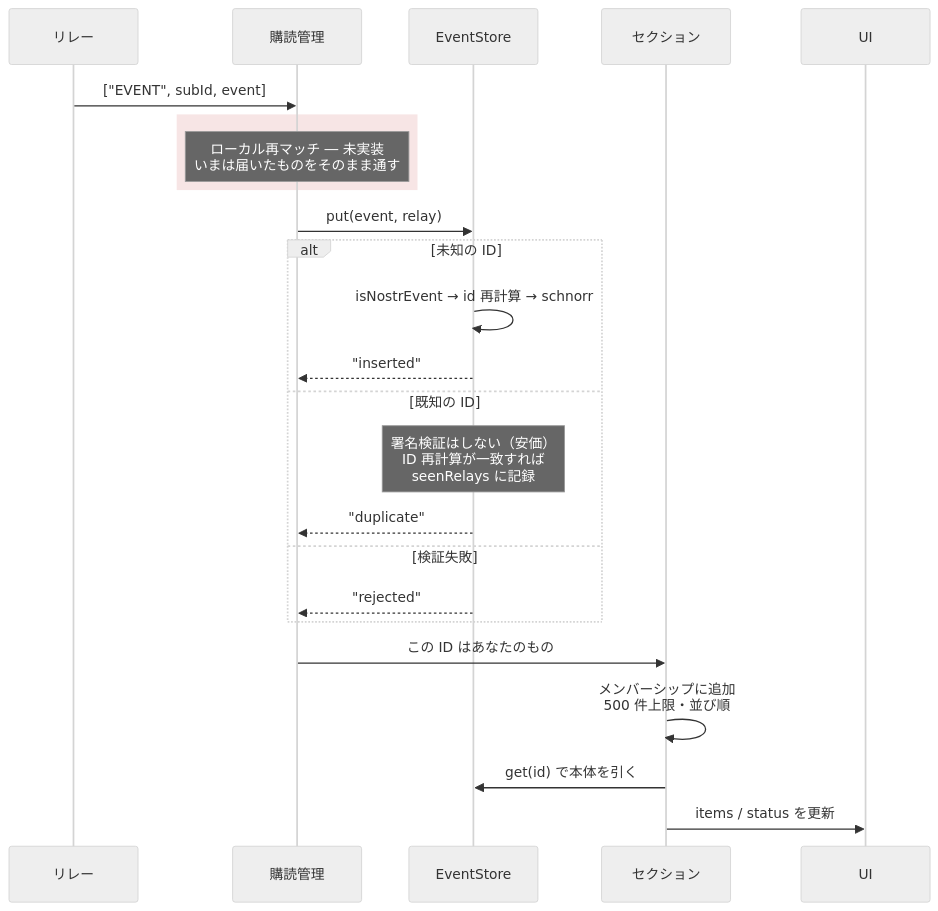
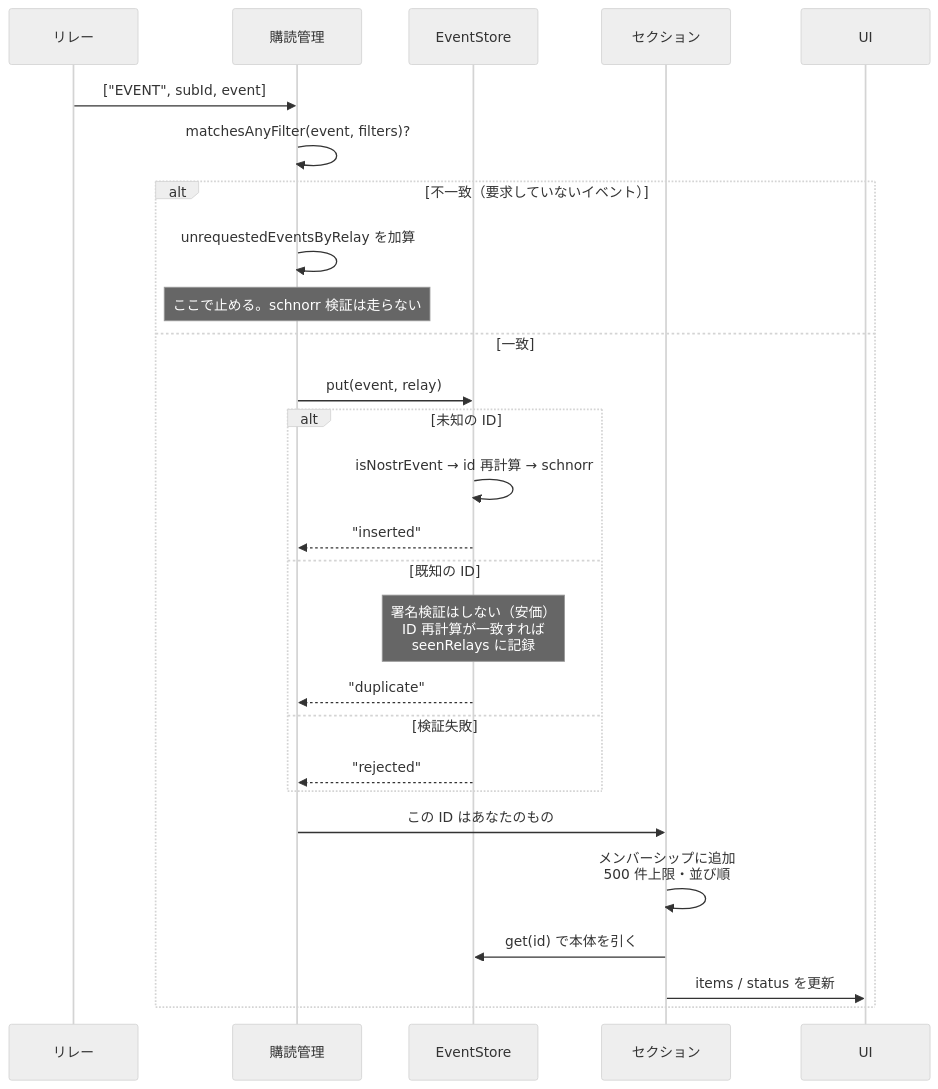
The fourth of 5 diagrams in docs/design/architecture.md (eyemono-moe/streets), drawn with Mermaid (neutral theme) before and after one commit. The commit also changed other lines of this file and 3 other files, not shown here.

````diff
--- a/docs/design/architecture.md
+++ b/docs/design/architecture.md
@@ -169,27 +169,30 @@
 ```mermaid
 sequenceDiagram
   participant R as リレー
   participant SUB as 購読管理
   participant ES as EventStore
   participant SEC as セクション
   participant UI as UI
 
   R->>SUB: ["EVENT", subId, event]
-  rect rgba(200,80,80,0.15)
-    Note over SUB: ローカル再マッチ ― 未実装<br/>いまは届いたものをそのまま通す
+  SUB->>SUB: matchesAnyFilter(event, filters)?
+  alt 不一致（要求していないイベント）
+    SUB->>SUB: unrequestedEventsByRelay を加算
+    Note over SUB: ここで止める。schnorr 検証は走らない
+  else 一致
+    SUB->>ES: put(event, relay)
+    alt 未知の ID
+      ES->>ES: isNostrEvent → id 再計算 → schnorr
+      ES-->>SUB: "inserted"
+    else 既知の ID
+      Note over ES: 署名検証はしない（安価）<br/>ID 再計算が一致すれば<br/>seenRelays に記録
+      ES-->>SUB: "duplicate"
+    else 検証失敗
+      ES-->>SUB: "rejected"
+    end
+    SUB->>SEC: この ID はあなたのもの
+    SEC->>SEC: メンバーシップに追加<br/>500 件上限・並び順
+    SEC->>ES: get(id) で本体を引く
+    SEC->>UI: items / status を更新
   end
-  SUB->>ES: put(event, relay)
-  alt 未知の ID
-    ES->>ES: isNostrEvent → id 再計算 → schnorr
-    ES-->>SUB: "inserted"
-  else 既知の ID
-    Note over ES: 署名検証はしない（安価）<br/>ID 再計算が一致すれば<br/>seenRelays に記録
-    ES-->>SUB: "duplicate"
-  else 検証失敗
-    ES-->>SUB: "rejected"
-  end
-  SUB->>SEC: この ID はあなたのもの
-  SEC->>SEC: メンバーシップに追加<br/>500 件上限・並び順
-  SEC->>ES: get(id) で本体を引く
-  SEC->>UI: items / status を更新
 ```
````
